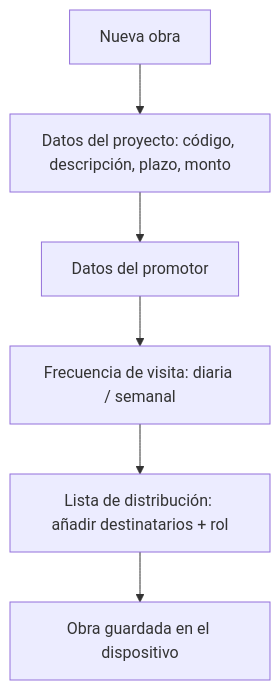
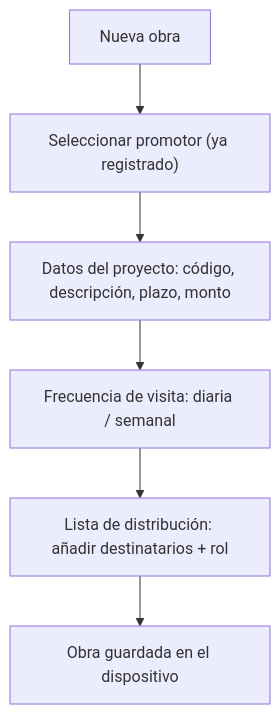
Before and after one commit to andresefr24/security-report-app: the second of 3 diagrams in docs/flows.md, drawn with Mermaid. The commit also changed other lines of this file and 6 other files, not shown here.

First line of the commit message:
Formalize F1 architecture, domain model, and core flows

````diff
--- a/docs/flows.md
+++ b/docs/flows.md
@@ -21,8 +31,8 @@
 ```mermaid
 flowchart TD
-    A["Nueva obra"] --> B["Datos del proyecto: código, descripción, plazo, monto"]
-    B --> C["Datos del promotor"]
+    A["Nueva obra"] --> B["Seleccionar promotor (ya registrado)"]
+    B --> C["Datos del proyecto: código, descripción, plazo, monto"]
     C --> D["Frecuencia de visita: diaria / semanal"]
     D --> E["Lista de distribución: añadir destinatarios + rol"]
     E --> F["Obra guardada en el dispositivo"]
 ```
````
